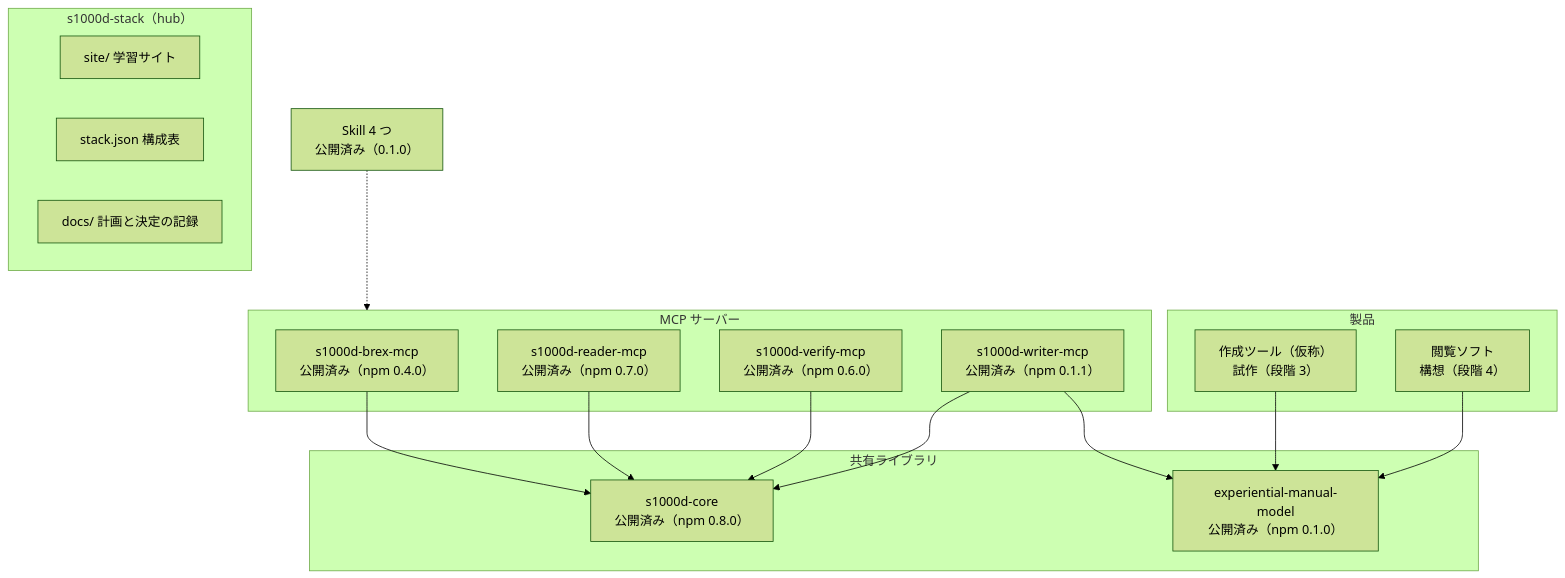
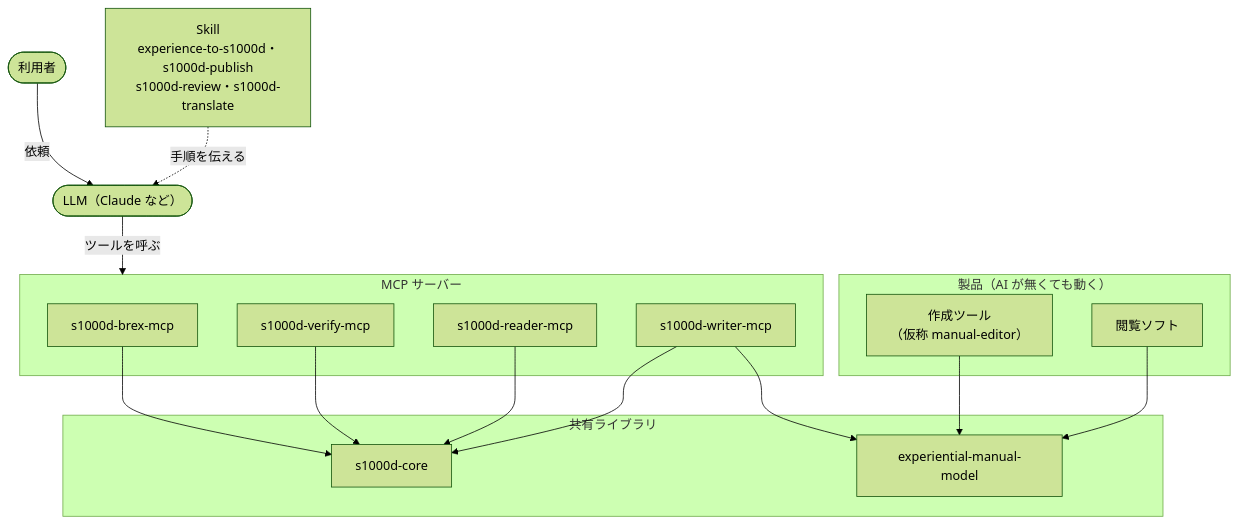
One commit to shuji-bonji/s1000d-stack changed the diagram in site/src/content/docs/ja/guide/architecture.md. Above: the diagram before and after it, drawn with Mermaid (forest theme). The commit also changed other lines of this file and 29 other files, not shown here.

````diff
--- a/site/src/content/docs/ja/guide/architecture.md
+++ b/site/src/content/docs/ja/guide/architecture.md
@@ -10,31 +8,27 @@
 ```mermaid
 flowchart TB
-  subgraph Hub["s1000d-stack（hub）"]
-    SITE["site/ 学習サイト"]
-    STACK["stack.json 構成表"]
-    DOCS["docs/ 計画と決定の記録"]
+  U(["利用者"]) -->|依頼| LLM(["LLM（Claude など）"])
+  SK["Skill<br/>experience-to-s1000d・s1000d-publish<br/>s1000d-review・s1000d-translate"] -. 手順を伝える .-> LLM
+  LLM -->|ツールを呼ぶ| Mcp
+  subgraph Mcp["MCP サーバー"]
+    BREX["s1000d-brex-mcp"]
+    V["s1000d-verify-mcp"]
+    R["s1000d-reader-mcp"]
+    W["s1000d-writer-mcp"]
   end
   subgraph Lib["共有ライブラリ"]
-    CORE["s1000d-core<br/>公開済み（npm 0.8.0）"]
-    MODEL["experiential-manual-model<br/>公開済み（npm 0.1.0）"]
+    CORE["s1000d-core"]
+    MODEL["experiential-manual-model"]
   end
-  subgraph Mcp["MCP サーバー"]
-    BREX["s1000d-brex-mcp<br/>公開済み（npm 0.4.0）"]
-    R["s1000d-reader-mcp<br/>公開済み（npm 0.7.0）"]
-    V["s1000d-verify-mcp<br/>公開済み（npm 0.6.0）"]
-    W["s1000d-writer-mcp<br/>公開済み（npm 0.1.1）"]
+  subgraph App["製品（AI が無くても動く）"]
+    ED["作成ツール<br/>（仮称 manual-editor）"]
+    VW["閲覧ソフト"]
   end
-  subgraph App["製品"]
-    ED["作成ツール（仮称）<br/>試作（段階 3）"]
-    VW["閲覧ソフト<br/>構想（段階 4）"]
-  end
-  SK["Skill 4 つ<br/>公開済み（0.1.0）"]
   BREX --> CORE
+  V --> CORE
   R --> CORE
-  V --> CORE
   W --> CORE
   W --> MODEL
   ED --> MODEL
   VW --> MODEL
-  SK -.-> Mcp
 ```
````
